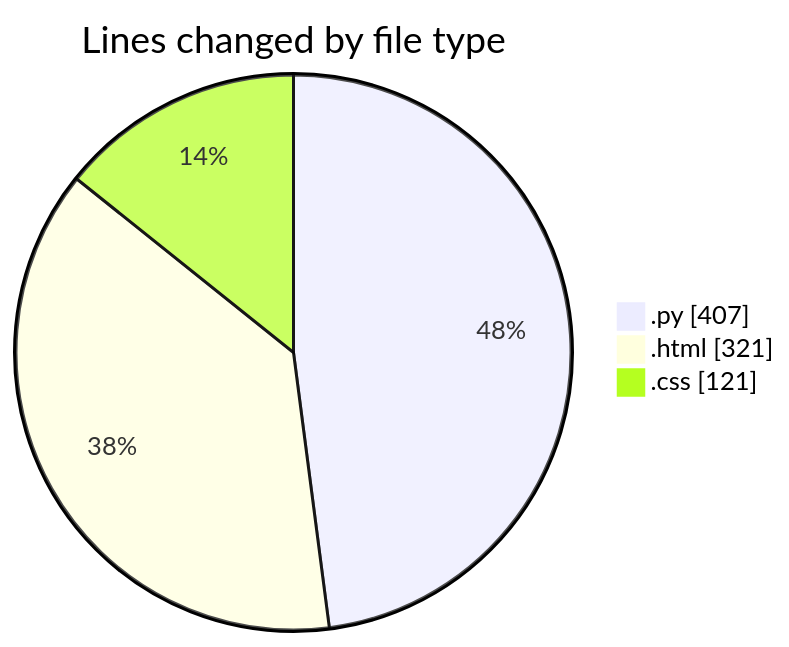
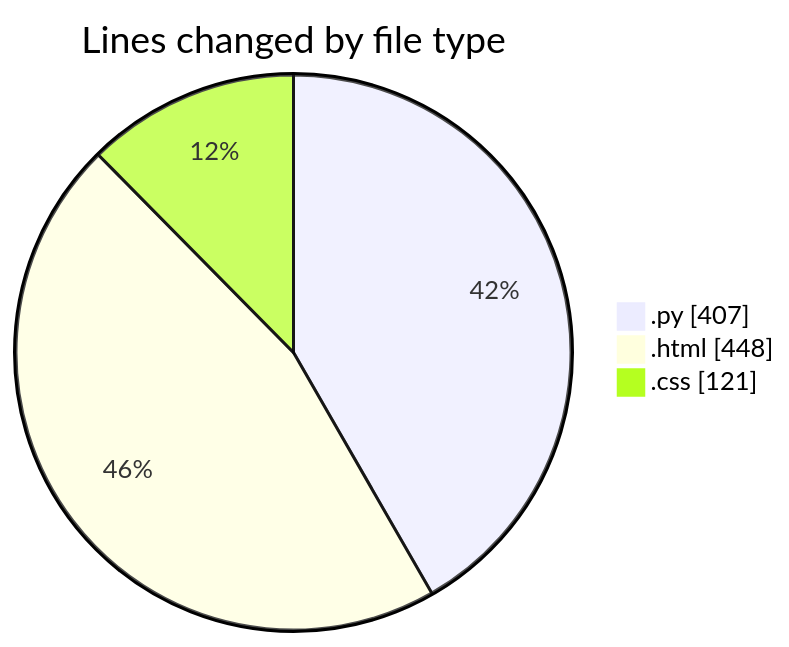
The first of 2 diagrams in 2025-01-31/flask/README.md (Elitesun/code-tracking), drawn with Mermaid before and after one commit. The commit also changed other lines of this file and 1 other file, not shown here.

````diff
--- a/2025-01-31/flask/README.md
+++ b/2025-01-31/flask/README.md
@@ -25,7 +25,7 @@
 ```mermaid
 pie showData
 title Lines changed by file type
 ".py" : 407
-".html" : 321
+".html" : 448
 ".css" : 121
 ```
````
